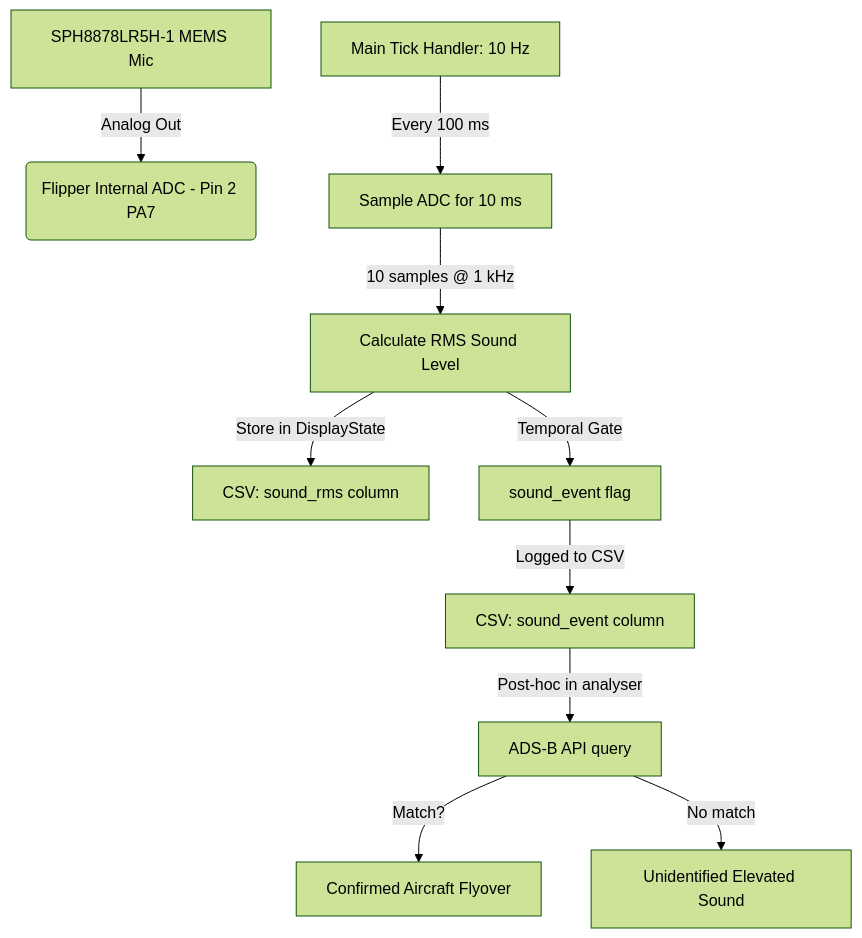
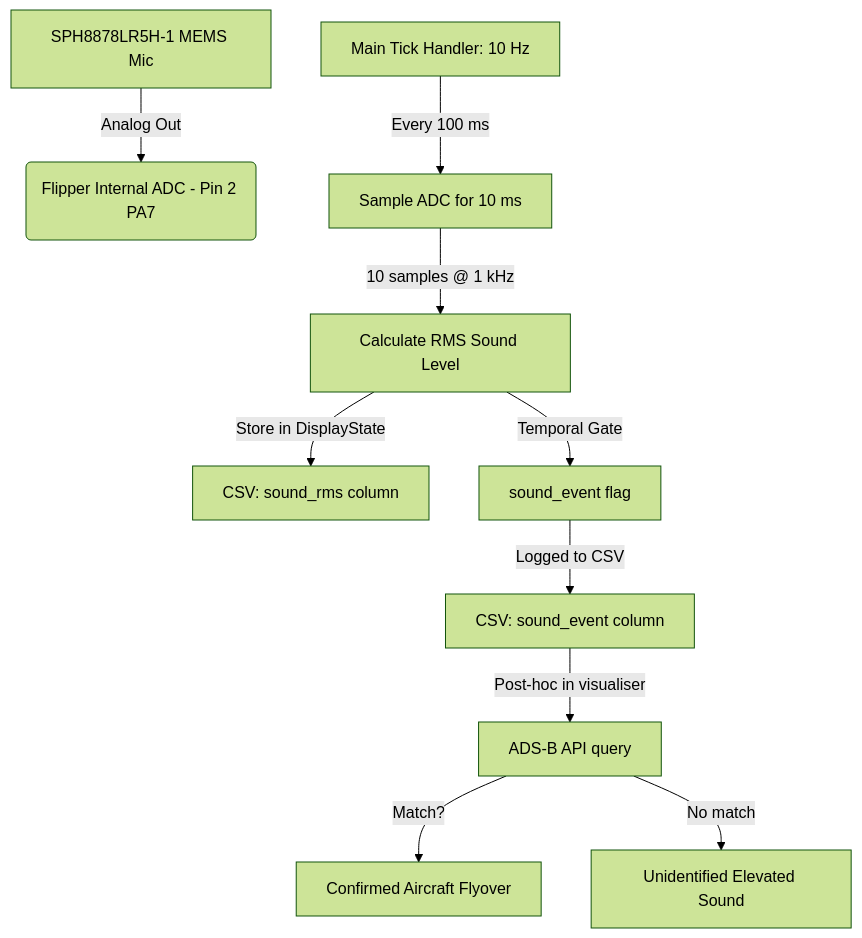
One commit to Softhook/BioMapping changed the diagram in docs/acoustic_aircraft_detection_proposal.md. Above: the diagram before and after it, drawn with Mermaid (forest theme). The commit also changed other lines of this file and 84 other files, not shown here.

````diff
--- a/docs/acoustic_aircraft_detection_proposal.md
+++ b/docs/acoustic_aircraft_detection_proposal.md
@@ -15,12 +15,12 @@
 ```mermaid
 graph TD
     A[SPH8878LR5H-1 MEMS Mic] -->|Analog Out| B(Flipper Internal ADC - Pin 2 PA7)
     C[Main Tick Handler: 10 Hz] -->|Every 100 ms| D[Sample ADC for 10 ms]
     D -->|10 samples @ 1 kHz| E[Calculate RMS Sound Level]
     E -->|Store in DisplayState| F[CSV: sound_rms column]
     E -->|Temporal Gate| G[sound_event flag]
     G -->|Logged to CSV| H[CSV: sound_event column]
-    H -->|Post-hoc in analyser| I[ADS-B API query]
+    H -->|Post-hoc in visualiser| I[ADS-B API query]
     I -->|Match?| J[Confirmed Aircraft Flyover]
     I -->|No match| K[Unidentified Elevated Sound]
 ```
````
